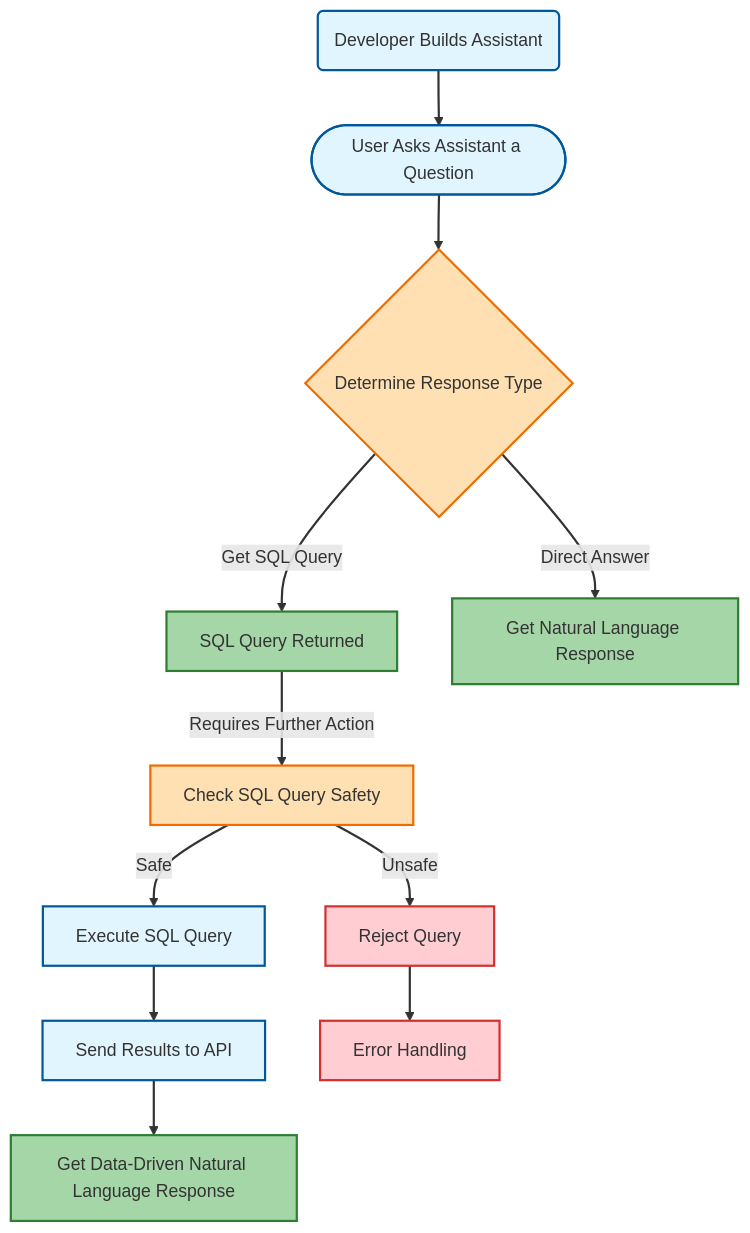
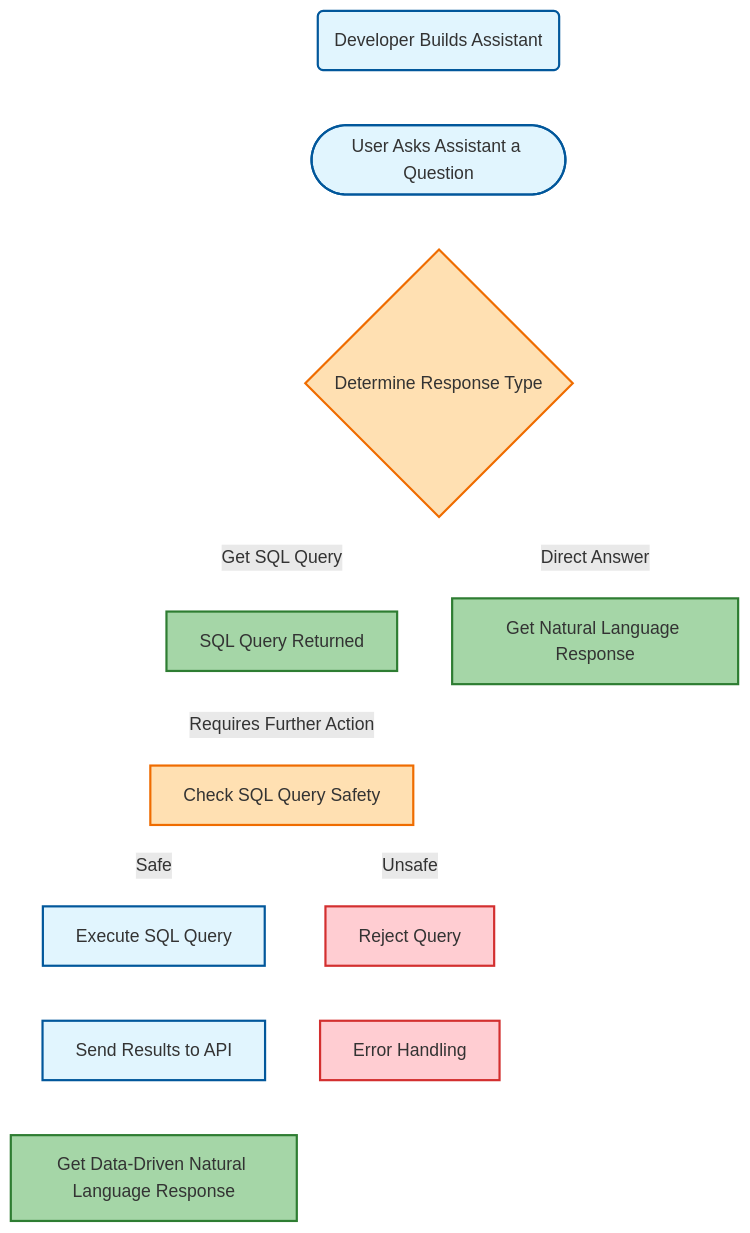
One commit to potatoqualitee/dbatools.ai changed the second of 2 diagrams in README.md. Above: the diagram before and after it, drawn with Mermaid.

````diff
--- a/README.md
+++ b/README.md
@@ -211,26 +211,29 @@
 ```mermaid
 graph TD
 Z(Developer Builds Assistant) --> A([User Asks Assistant a Question])
 A --> D{Determine Response Type}
 D -->|Get SQL Query| E[SQL Query Returned]
 E -->|Requires Further Action| F[Check SQL Query Safety]
 D -->|Direct Answer| G[Get Natural Language Response]
 F -->|Safe| H[Execute SQL Query]
 H --> I[Send Results to API]
 I --> J[Get Data-Driven Natural Language Response]
 F -->|Unsafe| K[Reject Query]
 K --> L[Error Handling]
-classDef operation fill:#E1F5FE,stroke:#01579B,stroke-width:2px;
-classDef decision fill:#FFE0B2,stroke:#EF6C00,stroke-width:2px;
-classDef final fill:#C8E6C9,stroke:#388E3C,stroke-width:2px;
-classDef positiveResponse fill:#A5D6A7,stroke:#2E7D32,stroke-width:2px;
-classDef errorHandling fill:#FFCDD2,stroke:#D32F2F,stroke-width:2px;
-classDef reject fill:#FFCDD2,stroke:#D32F2F,stroke-width:2px;
+
+classDef operation fill:#E1F5FE,stroke:#01579B,stroke-width:2px,color:#333;
+classDef decision fill:#FFE0B2,stroke:#EF6C00,stroke-width:2px,color:#333;
+classDef final fill:#C8E6C9,stroke:#388E3C,stroke-width:2px,color:#333;
+classDef positiveResponse fill:#A5D6A7,stroke:#2E7D32,stroke-width:2px,color:#333;
+classDef errorHandling fill:#FFCDD2,stroke:#D32F2F,stroke-width:2px,color:#333;
+classDef reject fill:#FFCDD2,stroke:#D32F2F,stroke-width:2px,color:#333;
+
 class Z,A,H,I,J operation
 class D,F decision
 class E,G positiveResponse
 class J positiveResponse
 class K reject
 class L errorHandling
-linkStyle default stroke:#333,stroke-width:2px,fill:none;
+
+linkStyle default stroke:#ffffff,stroke-width:2px,fill:none;
 ```
````
